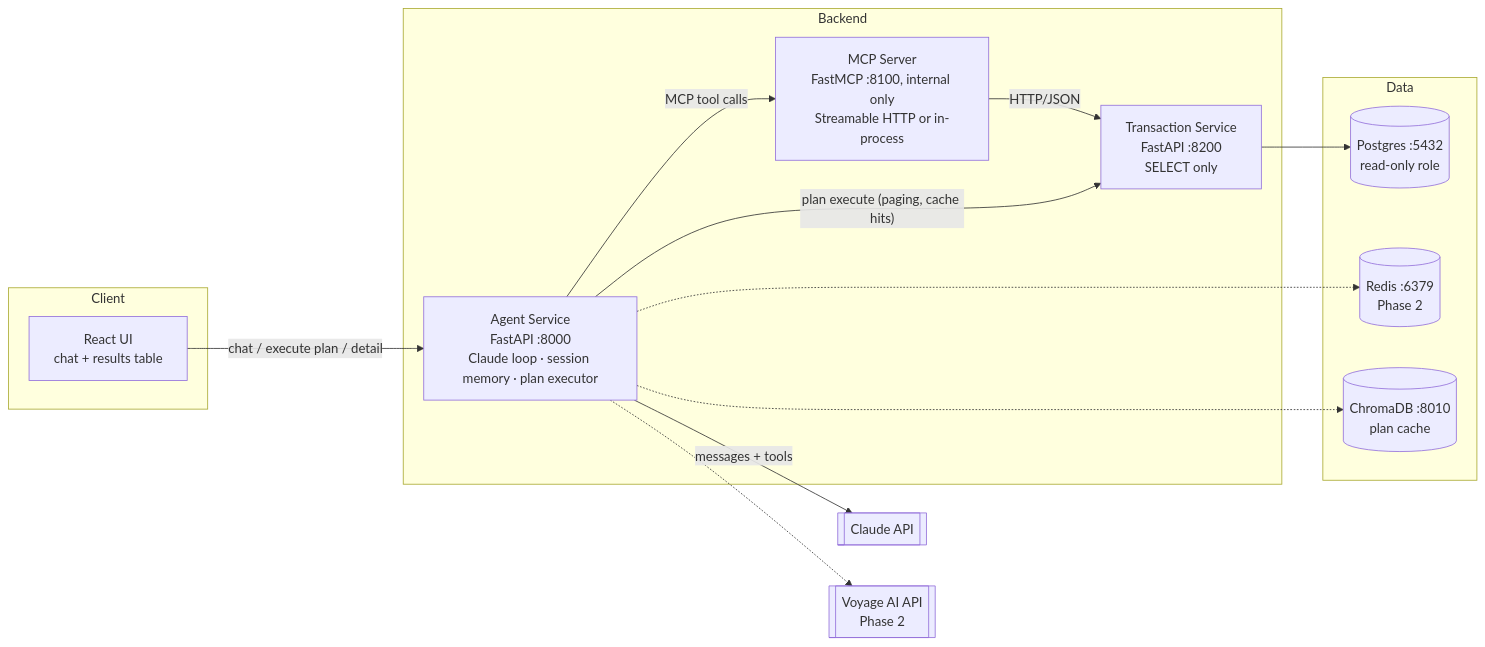
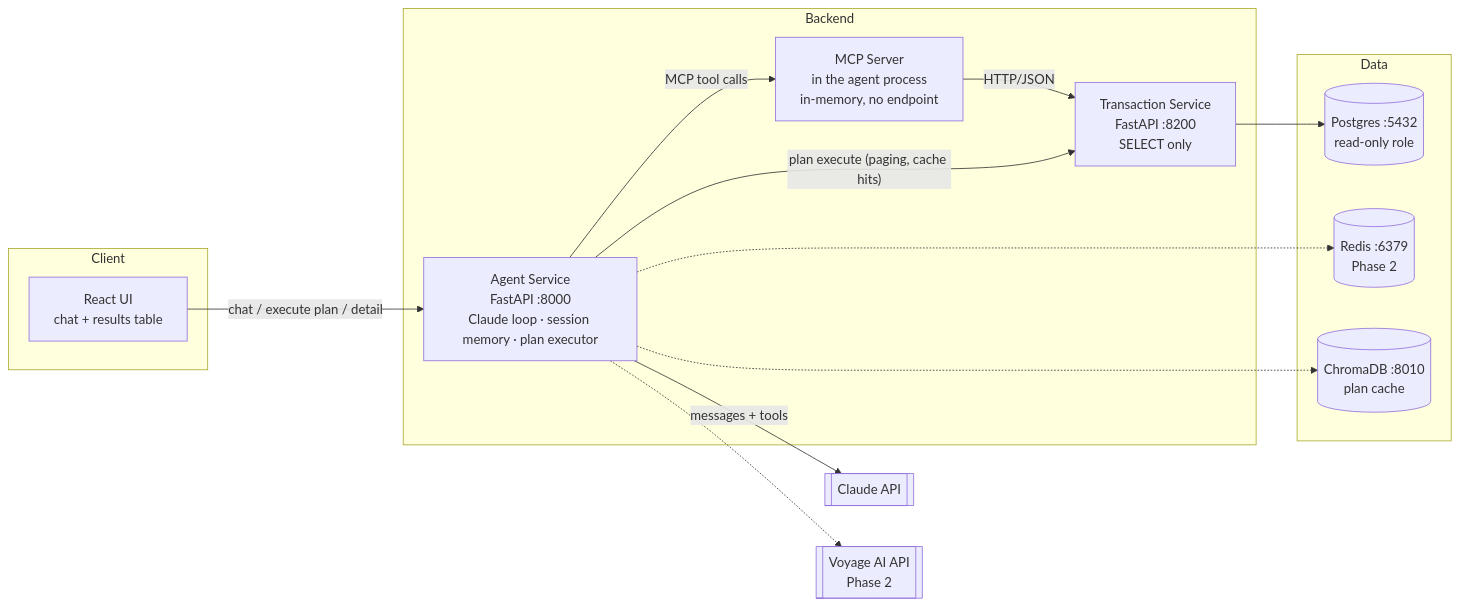
Before and after one commit to sushmakoulgi/Transaction-Dashboard-Agent: the first of 4 diagrams in docs/HLD.md, drawn with Mermaid. The commit also changed other lines of this file and 28 other files, not shown here.

First line of the commit message:
MCP server inside the agent service; no HTTP endpoint

````diff
--- a/docs/HLD.md
+++ b/docs/HLD.md
@@ -48,31 +48,31 @@
 ```mermaid
 flowchart LR
     subgraph Client
         UI[React UI<br/>chat + results table]
     end
 
     subgraph Backend
         AG[Agent Service<br/>FastAPI :8000<br/>Claude loop · session memory · plan executor]
-        MCP[MCP Server<br/>FastMCP :8100, internal only<br/>Streamable HTTP or in-process]
+        MCP[MCP Server<br/>in the agent process<br/>in-memory, no endpoint]
         TS[Transaction Service<br/>FastAPI :8200<br/>SELECT only]
     end
 
     subgraph Data
         PG[(Postgres :5432<br/>read-only role)]
         RD[(Redis :6379<br/>Phase 2)]
         CH[(ChromaDB :8010<br/>plan cache)]
     end
 
     CL[[Claude API]]
     VO[[Voyage AI API<br/>Phase 2]]
 
     UI -- "chat / execute plan / detail" --> AG
     AG -- "messages + tools" --> CL
     AG -- "MCP tool calls" --> MCP
     MCP -- "HTTP/JSON" --> TS
     AG -- "plan execute (paging, cache hits)" --> TS
     TS --> PG
     AG -.-> RD
     AG -.-> CH
     AG -.-> VO
 ```
````
